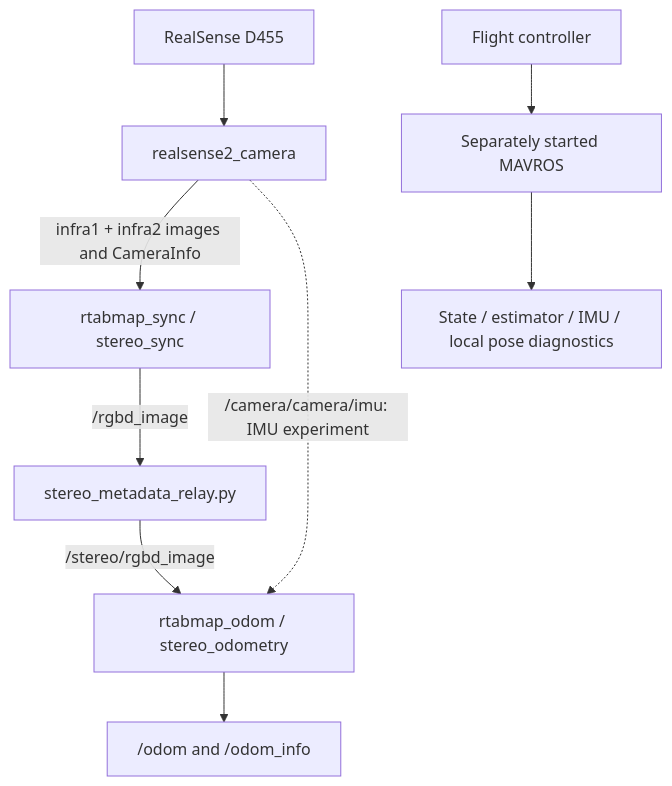
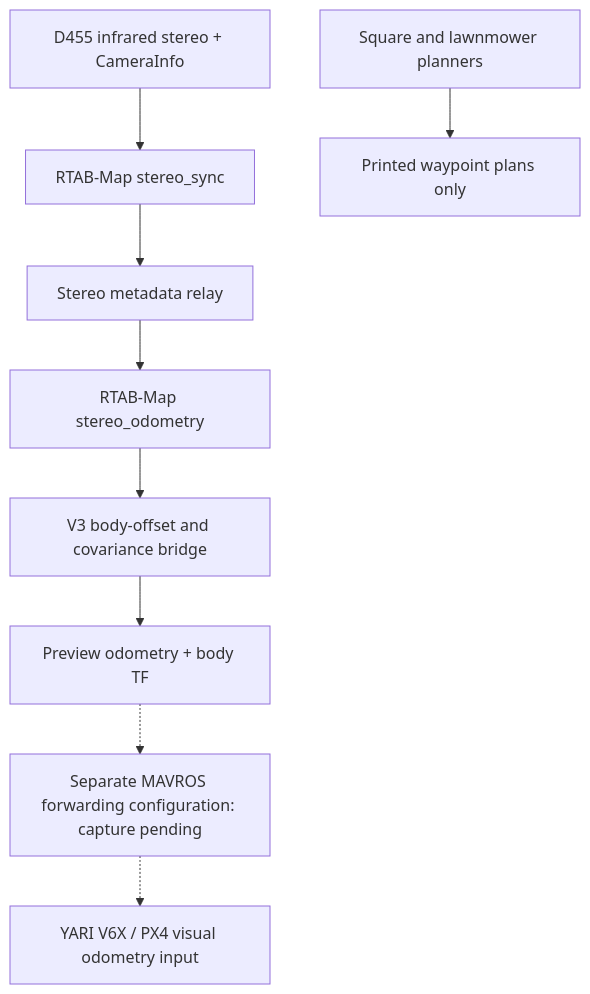
The diagram in README.md (Aarush2112/nidar-airmouse), drawn with Mermaid before and after one commit. The commit also changed other lines of this file and 28 other files, not shown here.

````diff
--- a/README.md
+++ b/README.md
@@ -23,11 +17,11 @@
 ```mermaid
 flowchart TD
-    D["RealSense D455"] --> C["realsense2_camera"]
-    C -->|"infra1 + infra2 images and CameraInfo"| S["rtabmap_sync / stereo_sync"]
-    S -->|"/rgbd_image"| R["stereo_metadata_relay.py"]
-    R -->|"/stereo/rgbd_image"| O["rtabmap_odom / stereo_odometry"]
-    O --> P["/odom and /odom_info"]
-    C -.->|"/camera/camera/imu: IMU experiment"| O
-    F["Flight controller"] --> M["Separately started MAVROS"]
-    M --> T["State / estimator / IMU / local pose diagnostics"]
+  D["D455 infrared stereo + CameraInfo"] --> S["RTAB-Map stereo_sync"]
+  S --> R["Stereo metadata relay"]
+  R --> O["RTAB-Map stereo_odometry"]
+  O --> B["V3 body-offset and covariance bridge"]
+  B --> P["Preview odometry + body TF"]
+  P -.-> M["Separate MAVROS forwarding configuration: capture pending"]
+  M -.-> F["YARI V6X / PX4 visual odometry input"]
+  W["Square and lawnmower planners"] --> T["Printed waypoint plans only"]
 ```
````
